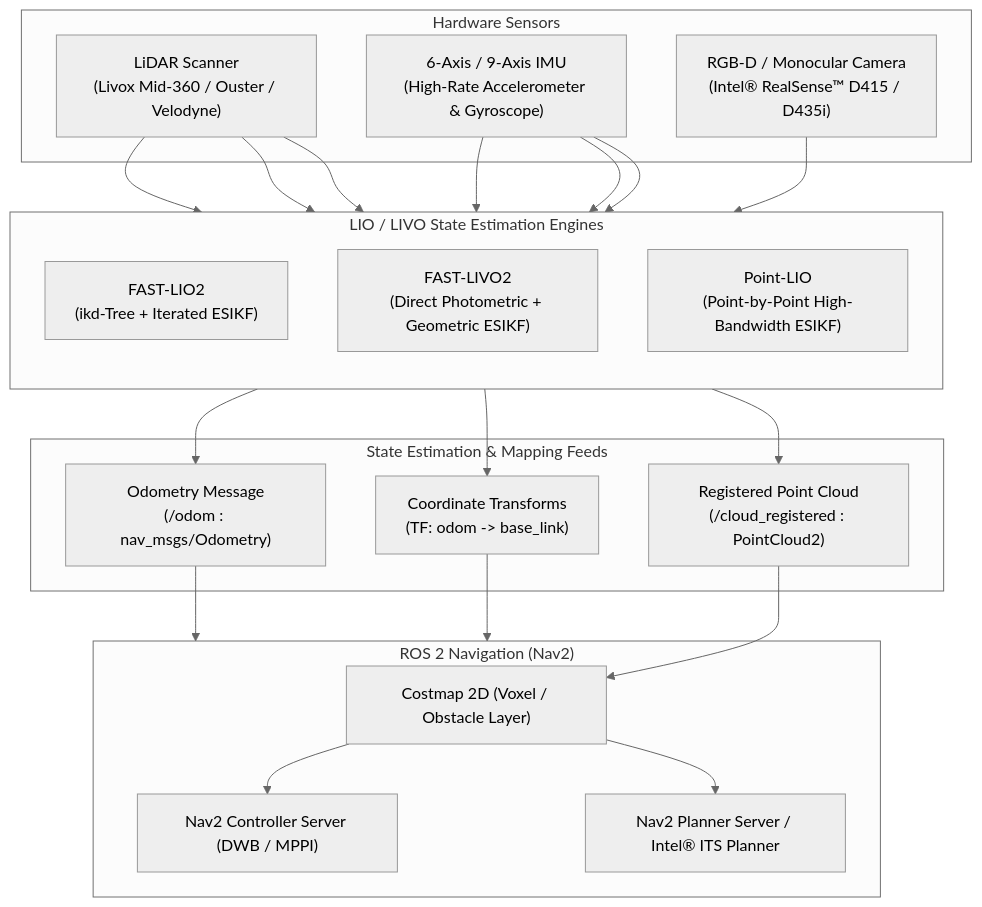
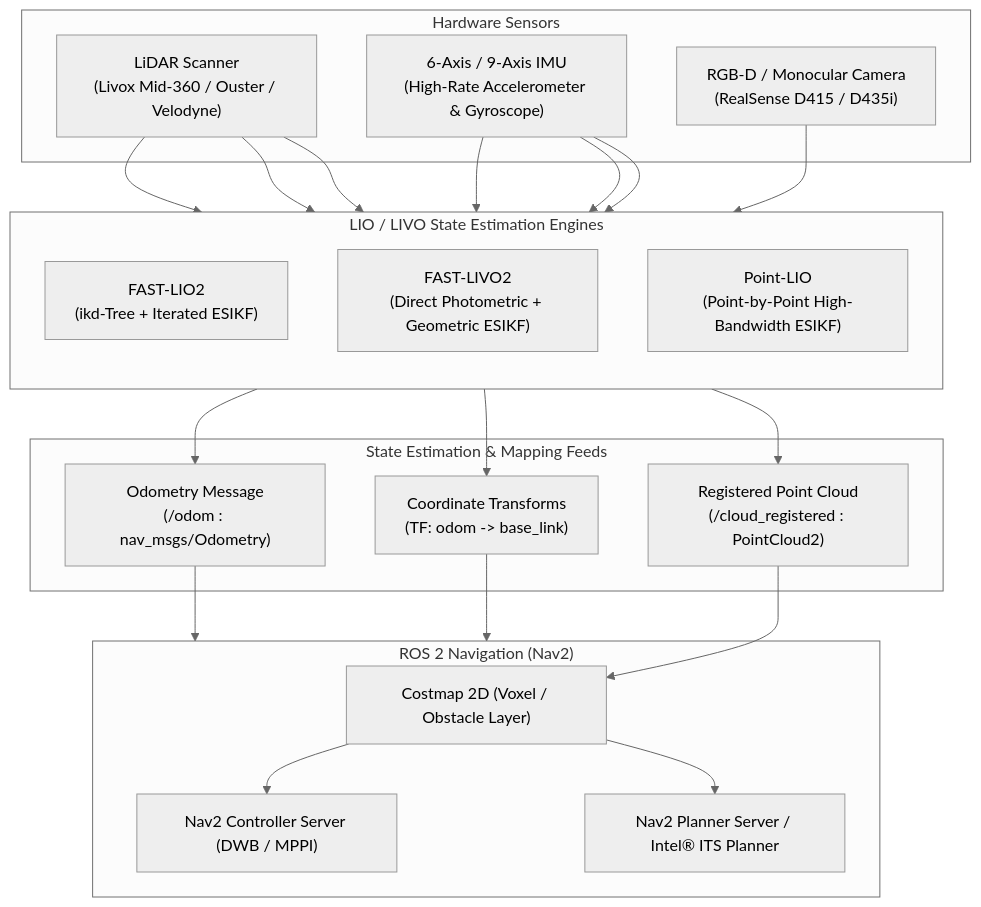
Before and after one commit to open-edge-platform/robotics-ai-suite-staging: the diagram in docs/user-guide/components/navigation/lio-livo-pipelines.md, drawn with Mermaid (neutral theme). The commit also changed other lines of this file and 30 other files, not shown here.

````diff
--- a/docs/user-guide/components/navigation/lio-livo-pipelines.md
+++ b/docs/user-guide/components/navigation/lio-livo-pipelines.md
@@ -12,47 +12,47 @@
 ```{mermaid}
 flowchart TD
     subgraph Sensors["Hardware Sensors"]
         LiDAR["LiDAR Scanner\n(Livox Mid-360 / Ouster / Velodyne)"]
         IMU["6-Axis / 9-Axis IMU\n(High-Rate Accelerometer & Gyroscope)"]
-        Cam["RGB-D / Monocular Camera\n(Intel® RealSense™ D415 / D435i)"]
+        Cam["RGB-D / Monocular Camera\n(RealSense D415 / D435i)"]
     end
 
     subgraph Odometry_Engines["LIO / LIVO State Estimation Engines"]
         direction TB
         FAST_LIO["FAST-LIO2\n(ikd-Tree + Iterated ESIKF)"]
         FAST_LIVO["FAST-LIVO2\n(Direct Photometric + Geometric ESIKF)"]
         POINT_LIO["Point-LIO\n(Point-by-Point High-Bandwidth ESIKF)"]
     end
 
     subgraph State_Outputs["State Estimation & Mapping Feeds"]
         OdomMsg["Odometry Message\n(/odom : nav_msgs/Odometry)"]
         TF["Coordinate Transforms\n(TF: odom -> base_link)"]
         CloudReg["Registered Point Cloud\n(/cloud_registered : PointCloud2)"]
     end
 
     subgraph Nav2_Stack["ROS 2 Navigation (Nav2)"]
         Costmap["Costmap 2D (Voxel / Obstacle Layer)"]
         Controller["Nav2 Controller Server (DWB / MPPI)"]
         Planner["Nav2 Planner Server / Intel® ITS Planner"]
     end
 
     LiDAR --> FAST_LIO
     IMU --> FAST_LIO
 
     LiDAR --> FAST_LIVO
     IMU --> FAST_LIVO
     Cam --> FAST_LIVO
 
     LiDAR --> POINT_LIO
     IMU --> POINT_LIO
 
     Odometry_Engines --> OdomMsg
     Odometry_Engines --> TF
     Odometry_Engines --> CloudReg
 
     OdomMsg --> Nav2_Stack
     TF --> Nav2_Stack
     CloudReg --> Costmap
     Costmap --> Controller
     Costmap --> Planner
 ```
````
